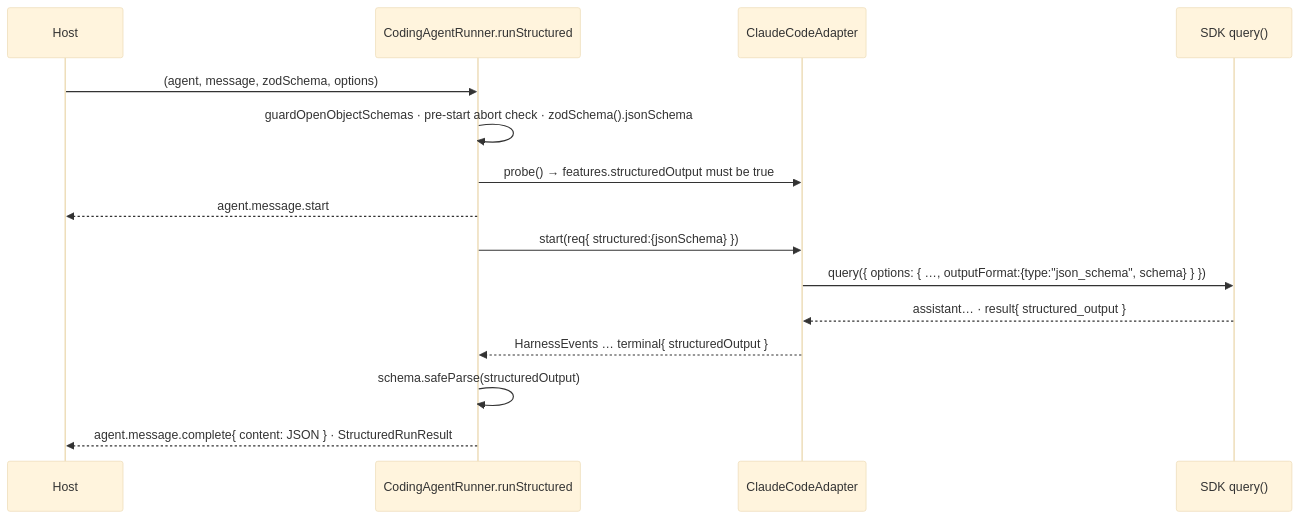
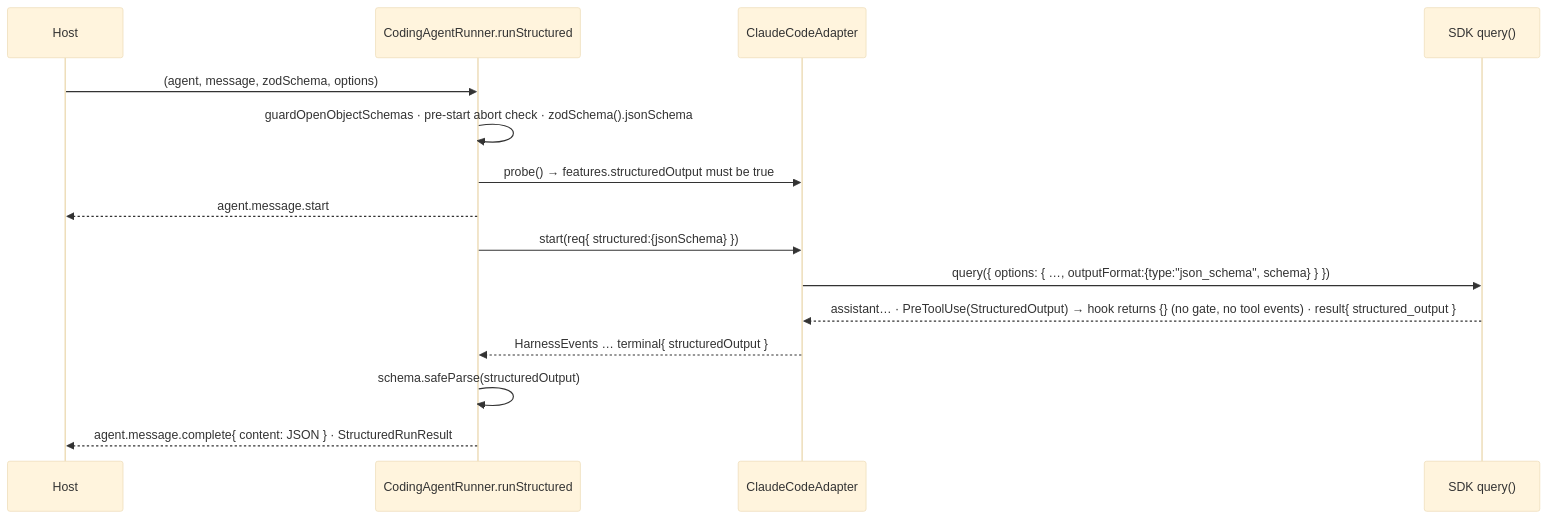
The diagram in .ai-docs/specs/547-cc-run-structured.md (pattern-stack/agentic-patterns-ts), drawn with Mermaid (base theme) before and after one commit. The commit also changed other lines of this file, not shown here.

Commit message:
docs(#547): spec revision 2 — carrier-tool handling, re-cited, Design Addendum

````diff
--- a/.ai-docs/specs/547-cc-run-structured.md
+++ b/.ai-docs/specs/547-cc-run-structured.md
@@ -40,17 +46,17 @@
 ```mermaid
 sequenceDiagram
   participant H as Host
   participant B as CodingAgentRunner.runStructured
   participant A as ClaudeCodeAdapter
   participant S as SDK query()
   H->>B: (agent, message, zodSchema, options)
   B->>B: guardOpenObjectSchemas · pre-start abort check · zodSchema().jsonSchema
   B->>A: probe() → features.structuredOutput must be true
   B-->>H: agent.message.start
   B->>A: start(req{ structured:{jsonSchema} })
   A->>S: query({ options: { …, outputFormat:{type:"json_schema", schema} } })
-  S-->>A: assistant… · result{ structured_output }
+  S-->>A: assistant… · PreToolUse(StructuredOutput) → hook returns {} (no gate, no tool events) · result{ structured_output }
   A-->>B: HarnessEvents … terminal{ structuredOutput }
   B->>B: schema.safeParse(structuredOutput)
   B-->>H: agent.message.complete{ content: JSON } · StructuredRunResult
 ```
````
